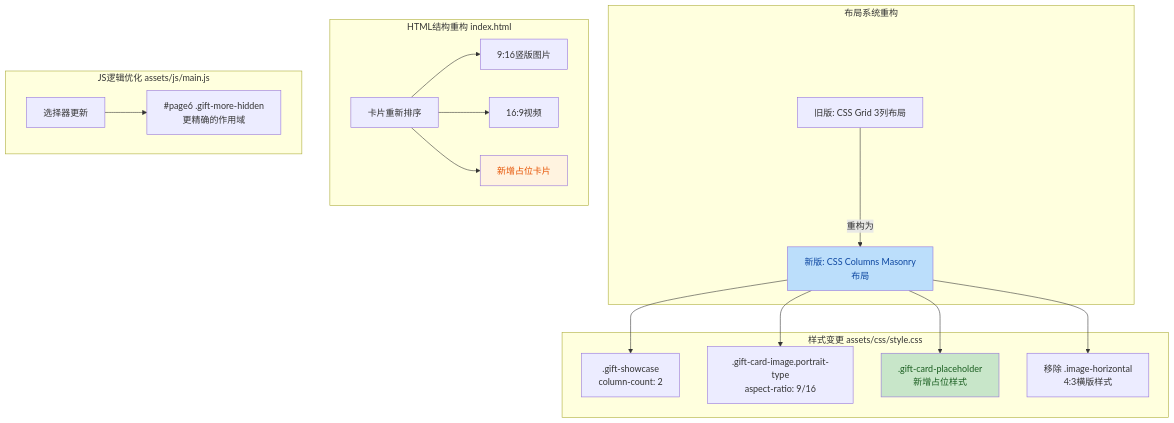
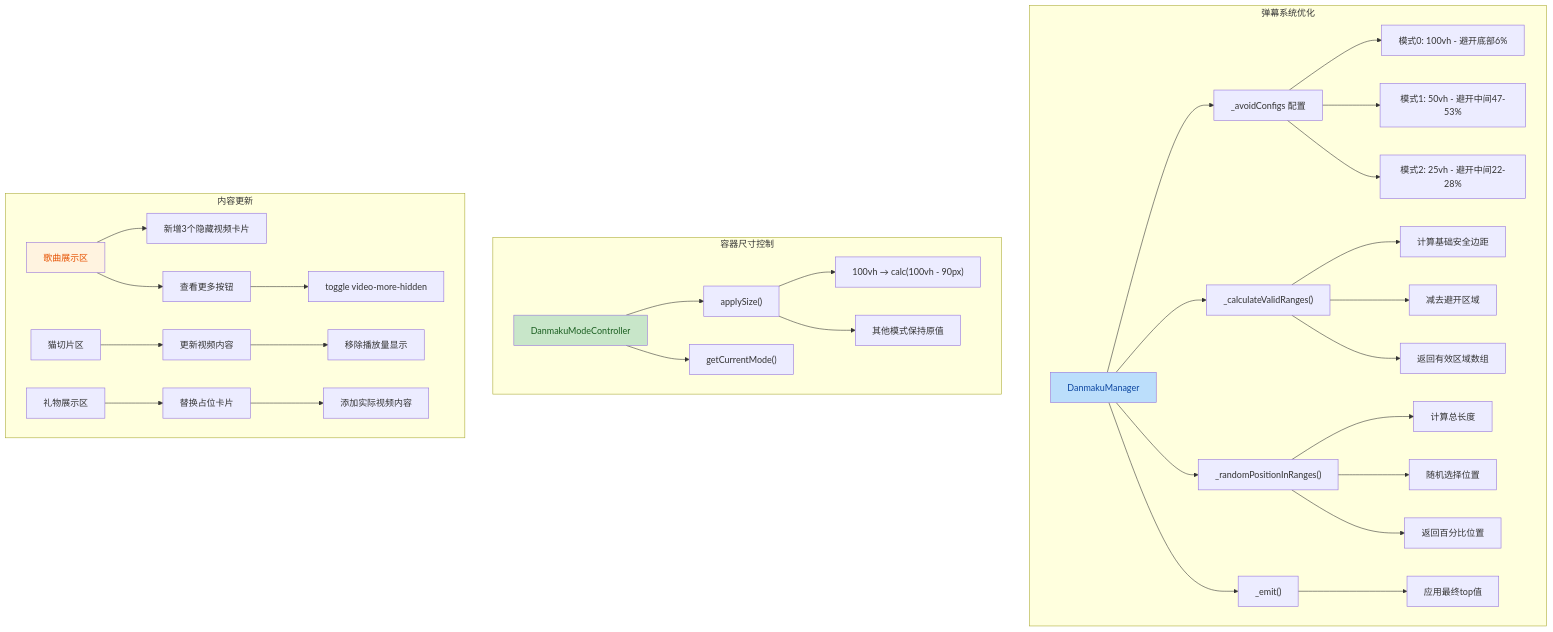
The diagram in TL;DR.MD (SunsetShimmer381/okayu-birthday-site), drawn with Mermaid before and after one commit. The commit also changed other lines of this file and 13 other files, not shown here.

````diff
--- a/TL;DR.MD
+++ b/TL;DR.MD
@@ -15,27 +14,46 @@
 ```mermaid
 graph TD
-    subgraph "布局系统重构"
-        A[旧版: CSS Grid 3列布局] -->|重构为| B[新版: CSS Columns Masonry布局]
+    subgraph "弹幕系统优化"
+        A["DanmakuManager"] --> B["_avoidConfigs 配置"]
+        A --> C["_calculateValidRanges()"]
+        A --> D["_randomPositionInRanges()"]
+        A --> E["_emit()"]
+        
+        B --> B1["模式0: 100vh - 避开底部6%"]
+        B --> B2["模式1: 50vh - 避开中间47-53%"]
+        B --> B3["模式2: 25vh - 避开中间22-28%"]
+        
+        C --> C1["计算基础安全边距"]
+        C --> C2["减去避开区域"]
+        C --> C3["返回有效区域数组"]
+        
+        D --> D1["计算总长度"]
+        D --> D2["随机选择位置"]
+        D --> D3["返回百分比位置"]
+        
+        E --> E1["应用最终top值"]
     end
     
-    subgraph "样式变更 assets/css/style.css"
-        B --> C[.gift-showcase<br/>column-count: 2]
-        B --> D[.gift-card-image.portrait-type<br/>aspect-ratio: 9/16]
-        B --> E[.gift-card-placeholder<br/>新增占位样式]
-        B --> F[移除 .image-horizontal<br/>4:3横版样式]
+    subgraph "容器尺寸控制"
+        F["DanmakuModeController"] --> G["applySize()"]
+        G --> G1["100vh → calc(100vh - 90px)"]
+        G --> G2["其他模式保持原值"]
+        F --> H["getCurrentMode()"]
     end
     
-    subgraph "HTML结构重构 index.html"
-        G[卡片重新排序] --> H[9:16竖版图片]
-        G --> I[16:9视频]
-        G --> J[新增占位卡片]
+    subgraph "内容更新"
+        I["歌曲展示区"] --> I1["新增3个隐藏视频卡片"]
+        I --> I2["查看更多按钮"]
+        I2 --> I3["toggle video-more-hidden"]
+        
+        J["猫切片区"] --> J1["更新视频内容"]
+        J1 --> J2["移除播放量显示"]
+        
+        K["礼物展示区"] --> K1["替换占位卡片"]
+        K1 --> K2["添加实际视频内容"]
     end
     
-    subgraph "JS逻辑优化 assets/js/main.js"
-        K[选择器更新] --> L[#page6 .gift-more-hidden<br/>更精确的作用域]
-    end
-    
-    style B fill:#bbdefb,color:#0d47a1
-    style E fill:#c8e6c9,color:#1a5e20
-    style J fill:#fff3e0,color:#e65100
+    style A fill:#bbdefb,color:#0d47a1
+    style F fill:#c8e6c9,color:#1a5e20
+    style I fill:#fff3e0,color:#e65100
 ```
````
